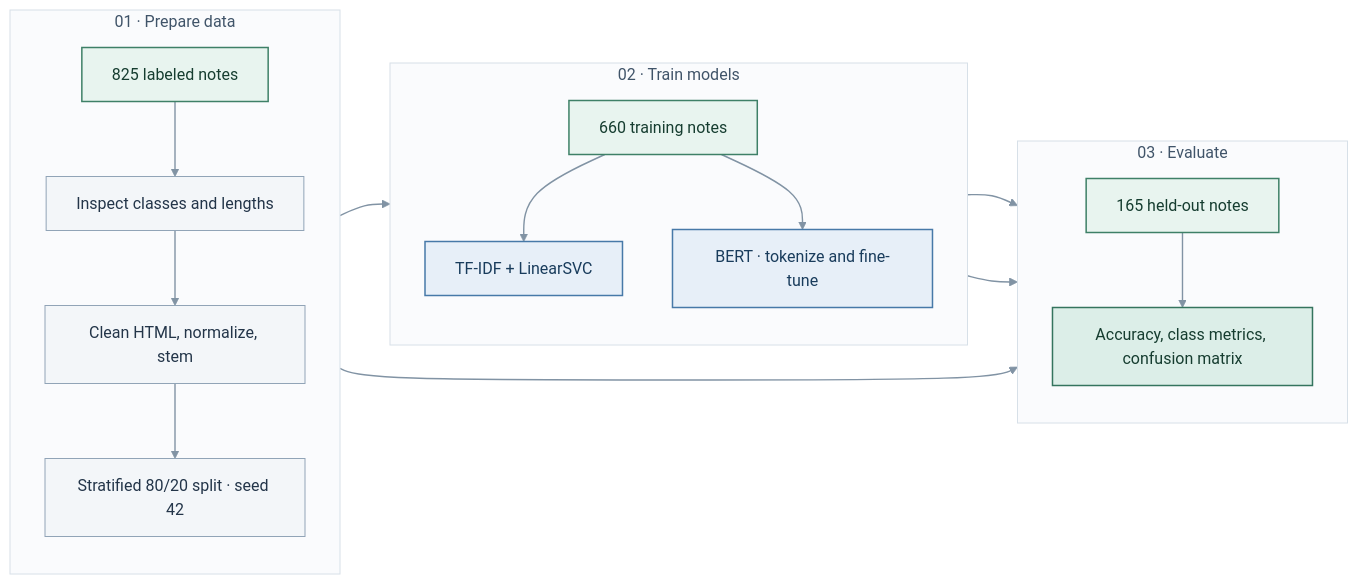
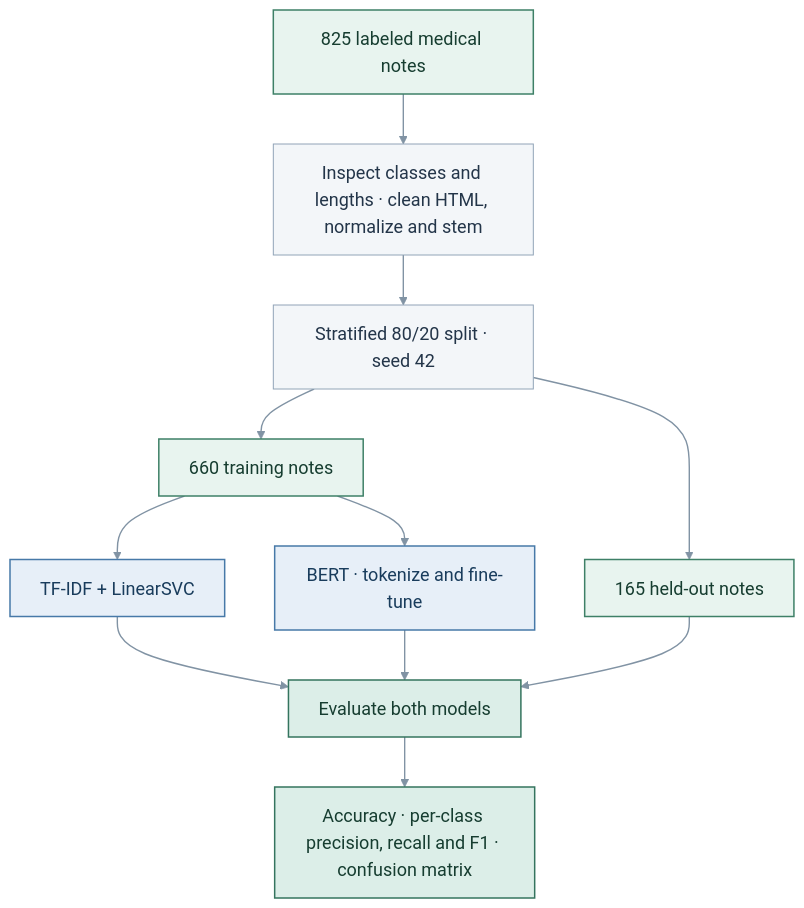
The diagram in README.md (petarmajic/ai-and-applications), drawn with Mermaid before and after one commit.

Commit message:
Make NLP diagram larger with a compact vertical layout

````diff
--- a/README.md
+++ b/README.md
@@ -44,38 +44,23 @@
 ```mermaid
-flowchart LR
-    subgraph P["01 · Prepare data"]
-        direction TB
-        A["825 labeled notes"] --> B["Inspect classes and lengths"]
-        B --> C["Clean HTML, normalize, stem"]
-        C --> D["Stratified 80/20 split · seed 42"]
-    end
+flowchart TB
+    A["825 labeled medical notes"] --> B["Inspect classes and lengths · clean HTML, normalize and stem"]
+    B --> C["Stratified 80/20 split · seed 42"]
+    C --> D["660 training notes"]
+    C --> E["165 held-out notes"]
+    D --> F["TF-IDF + LinearSVC"]
+    D --> G["BERT · tokenize and fine-tune"]
+    F --> H["Evaluate both models"]
+    G --> H
+    E --> H
+    H --> I["Accuracy · per-class precision, recall and F1 · confusion matrix"]
 
-    subgraph T["02 · Train models"]
-        direction TB
-        E["660 training notes"] --> F["TF-IDF + LinearSVC"]
-        E --> G["BERT · tokenize and fine-tune"]
-    end
-
-    subgraph V["03 · Evaluate"]
-        direction TB
-        H["165 held-out notes"] --> I["Accuracy, class metrics, confusion matrix"]
-    end
-
-    D --> E
-    D --> H
-    F --> I
-    G --> I
-
-    classDef data fill:#e8f4ef,stroke:#3e8067,color:#163d30,stroke-width:1.5px;
-    classDef process fill:#f3f6f9,stroke:#91a4b7,color:#233549,stroke-width:1px;
-    classDef model fill:#e7eff8,stroke:#4779a8,color:#193c5c,stroke-width:1.5px;
-    classDef result fill:#dceee8,stroke:#34745e,color:#163d30,stroke-width:1.5px;
-    class A,E,H data;
-    class B,C,D process;
+    classDef data fill:#e8f4ef,stroke:#3e8067,color:#163d30,stroke-width:1.5px,font-size:18px;
+    classDef process fill:#f3f6f9,stroke:#91a4b7,color:#233549,stroke-width:1px,font-size:18px;
+    classDef model fill:#e7eff8,stroke:#4779a8,color:#193c5c,stroke-width:1.5px,font-size:18px;
+    classDef result fill:#dceee8,stroke:#34745e,color:#163d30,stroke-width:1.5px,font-size:18px;
+    class A,D,E data;
+    class B,C process;
     class F,G model;
-    class I result;
-    style P fill:#fafbfd,stroke:#d7e0e8,color:#405469
-    style T fill:#fafbfd,stroke:#d7e0e8,color:#405469
-    style V fill:#fafbfd,stroke:#d7e0e8,color:#405469
+    class H,I result;
     linkStyle default stroke:#8193a4,stroke-width:1.4px;
 ```
````
